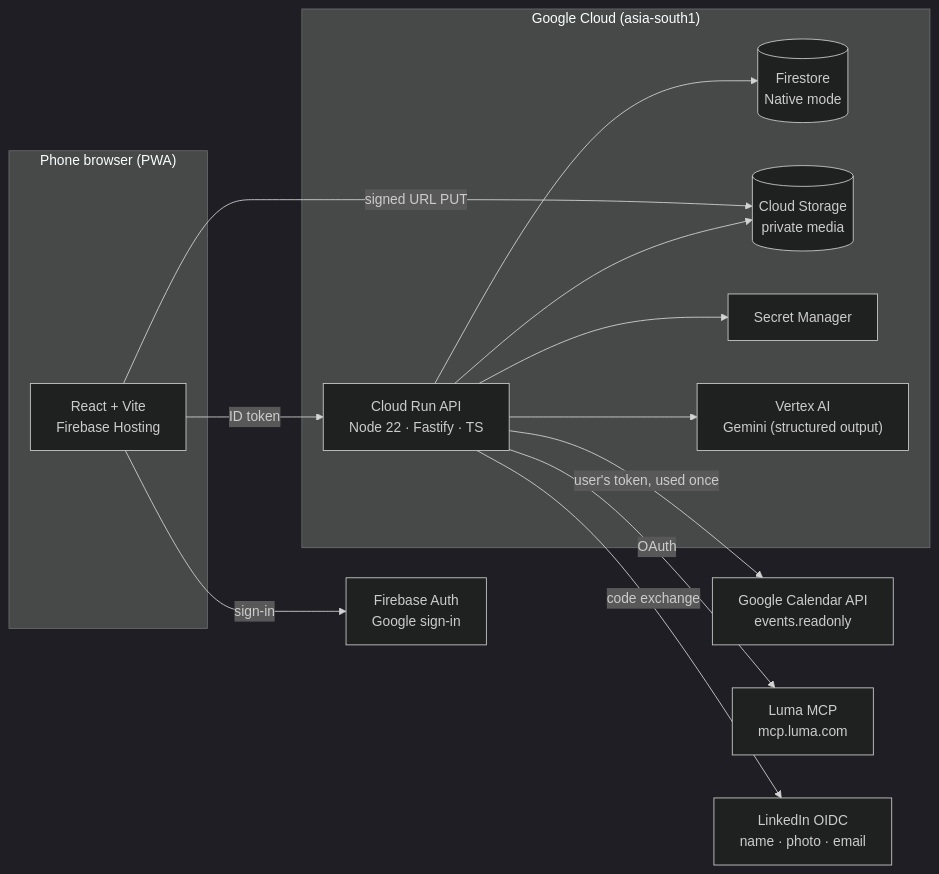
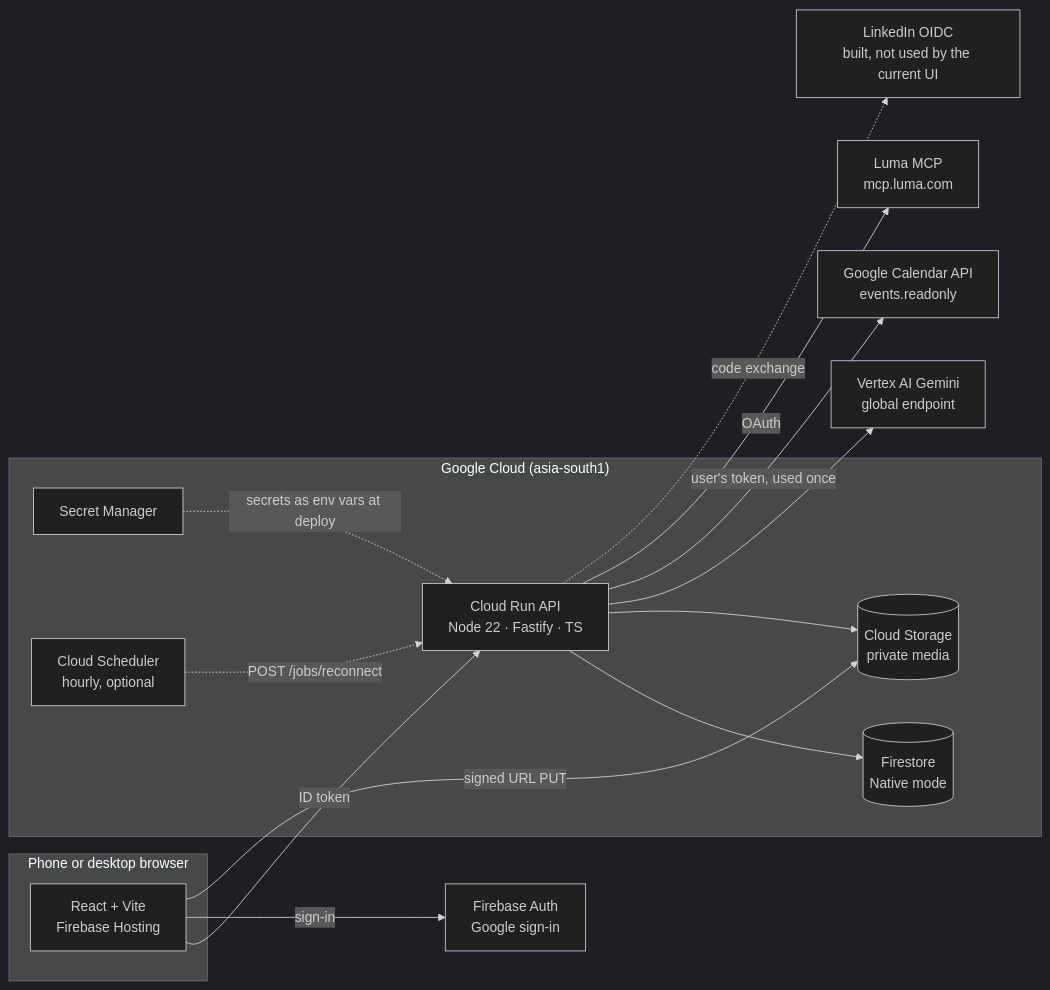
The first of 3 diagrams in docs/ARCHITECTURE.md (diyakarmakar779/klick), drawn with Mermaid (dark theme) before and after one commit. The commit also changed other lines of this file and 3 other files, not shown here.

First line of the commit message:
Docs: match README, architecture and privacy page to the code

````diff
--- a/docs/ARCHITECTURE.md
+++ b/docs/ARCHITECTURE.md
@@ -36,28 +36,30 @@
 ```mermaid
 flowchart LR
-  subgraph Browser["Phone browser (PWA)"]
+  subgraph Browser["Phone or desktop browser"]
     W["React + Vite<br/>Firebase Hosting"]
   end
   subgraph GCP["Google Cloud (asia-south1)"]
     API["Cloud Run API<br/>Node 22 · Fastify · TS"]
     FS[("Firestore<br/>Native mode")]
     GCS[("Cloud Storage<br/>private media")]
     SM["Secret Manager"]
-    VX["Vertex AI<br/>Gemini (structured output)"]
+    SCH["Cloud Scheduler<br/>hourly, optional"]
   end
+  VX["Vertex AI Gemini<br/>global endpoint"]
   FA["Firebase Auth<br/>Google sign-in"]
   GC["Google Calendar API<br/>events.readonly"]
   LU["Luma MCP<br/>mcp.luma.com"]
-  LI["LinkedIn OIDC<br/>name · photo · email"]
+  LI["LinkedIn OIDC<br/>built, not used by the current UI"]
 
   W -- "ID token" --> API
   W -- sign-in --> FA
   W -- "signed URL PUT" --> GCS
   API --> FS
   API --> GCS
-  API --> SM
+  SM -. "secrets as env vars at deploy" .-> API
+  SCH -. "POST /jobs/reconnect" .-> API
   API --> VX
   API -- "user's token, used once" --> GC
   API -- OAuth --> LU
-  API -- "code exchange" --> LI
+  API -. "code exchange" .-> LI
 ```
````
